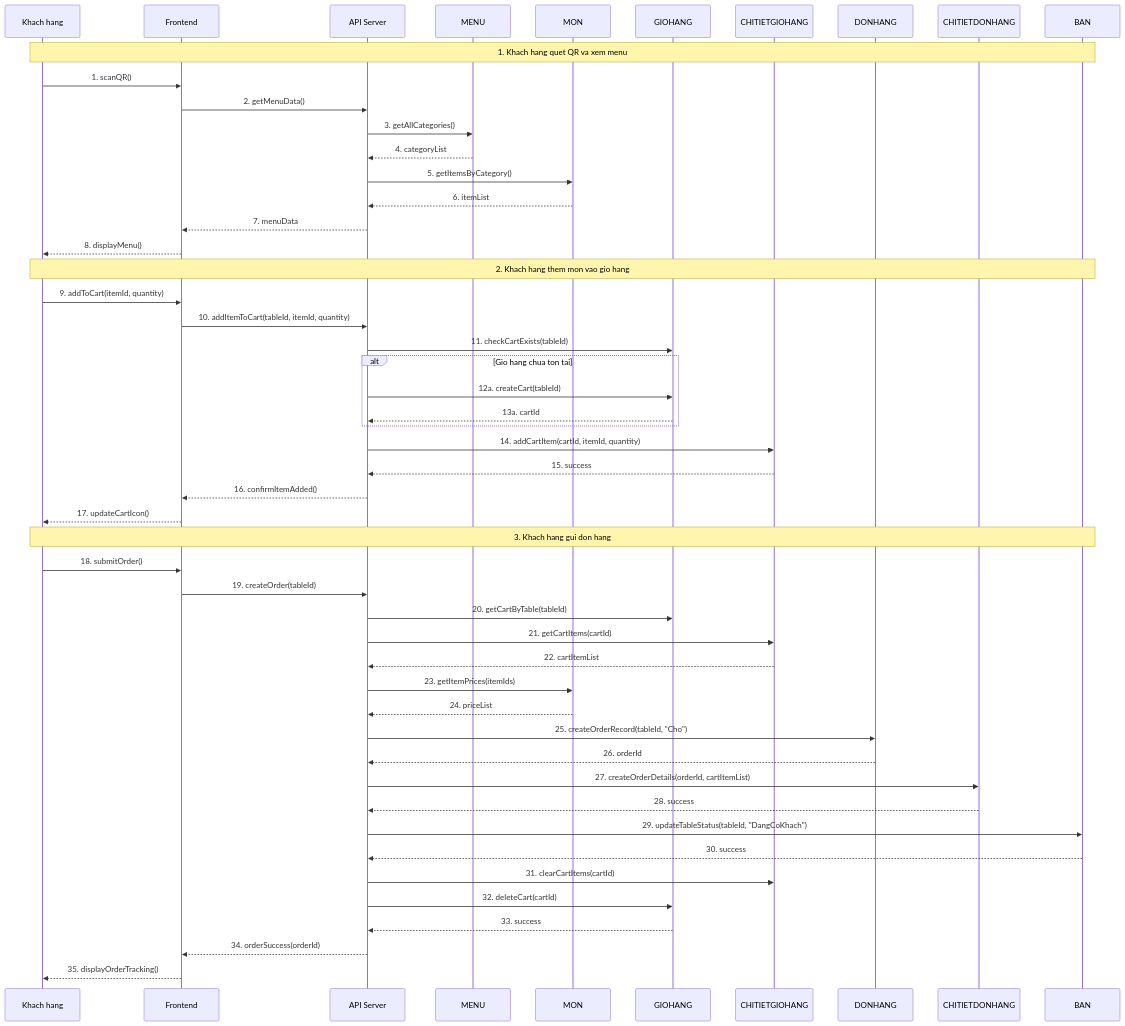
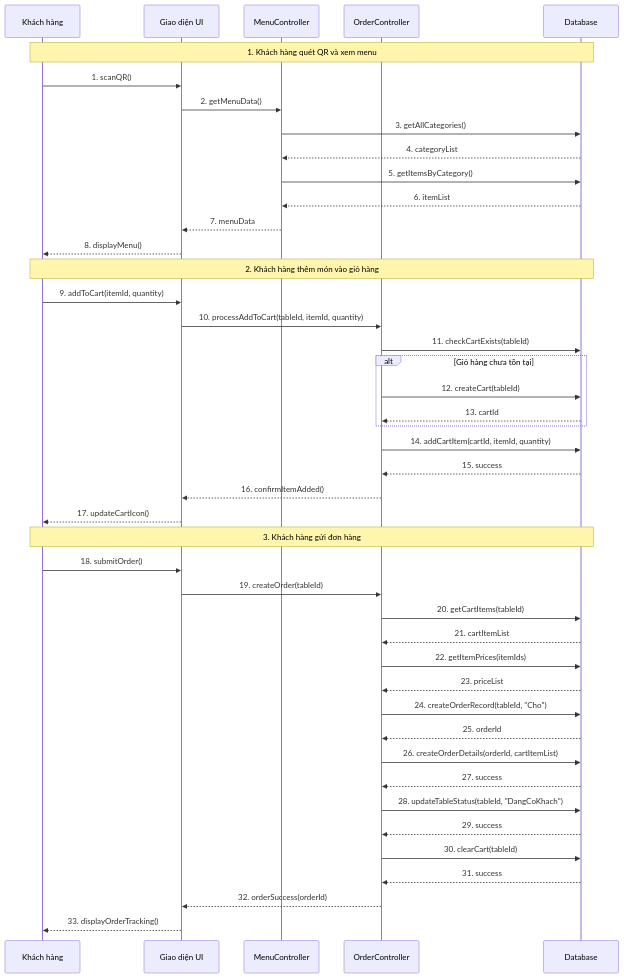
One commit to tahpnart8/demo-pttkht-Nhom2IT0001 changed the sixth of 10 diagrams in docs/so-do-he-thong.md. Above: the diagram before and after it, drawn with Mermaid. The commit also changed other lines of this file, not shown here.

````diff
--- a/docs/so-do-he-thong.md
+++ b/docs/so-do-he-thong.md
@@ -221,56 +221,49 @@
 ```mermaid
 sequenceDiagram
-    participant KH as Khach hang
-    participant FE as Frontend
-    participant API as API Server
-    participant MENU as MENU
-    participant MON as MON
-    participant GH as GIOHANG
-    participant CTGH as CHITIETGIOHANG
-    participant DH as DONHANG
-    participant CTDH as CHITIETDONHANG
-    participant BAN as BAN
+    participant KH as Khách hàng
+    participant UI as Giao diện UI
+    participant MC as MenuController
+    participant OC as OrderController
+    participant DB as Database
 
-    Note over KH,BAN: 1. Khach hang quet QR va xem menu
-    KH->>FE: 1. scanQR()
-    FE->>API: 2. getMenuData()
-    API->>MENU: 3. getAllCategories()
-    MENU-->>API: 4. categoryList
-    API->>MON: 5. getItemsByCategory()
-    MON-->>API: 6. itemList
-    API-->>FE: 7. menuData
-    FE-->>KH: 8. displayMenu()
+    Note over KH,DB: 1. Khách hàng quét QR và xem menu
+    KH->>UI: 1. scanQR()
+    UI->>MC: 2. getMenuData()
+    MC->>DB: 3. getAllCategories()
+    DB-->>MC: 4. categoryList
+    MC->>DB: 5. getItemsByCategory()
+    DB-->>MC: 6. itemList
+    MC-->>UI: 7. menuData
+    UI-->>KH: 8. displayMenu()
 
-    Note over KH,BAN: 2. Khach hang them mon vao gio hang
-    KH->>FE: 9. addToCart(itemId, quantity)
-    FE->>API: 10. addItemToCart(tableId, itemId, quantity)
-    API->>GH: 11. checkCartExists(tableId)
-    alt Gio hang chua ton tai
-        API->>GH: 12a. createCart(tableId)
-        GH-->>API: 13a. cartId
+    Note over KH,DB: 2. Khách hàng thêm món vào giỏ hàng
+    KH->>UI: 9. addToCart(itemId, quantity)
+    UI->>OC: 10. processAddToCart(tableId, itemId, quantity)
+    OC->>DB: 11. checkCartExists(tableId)
+    alt Giỏ hàng chưa tồn tại
+        OC->>DB: 12. createCart(tableId)
+        DB-->>OC: 13. cartId
     end
-    API->>CTGH: 14. addCartItem(cartId, itemId, quantity)
-    CTGH-->>API: 15. success
-    API-->>FE: 16. confirmItemAdded()
-    FE-->>KH: 17. updateCartIcon()
+    OC->>DB: 14. addCartItem(cartId, itemId, quantity)
+    DB-->>OC: 15. success
+    OC-->>UI: 16. confirmItemAdded()
+    UI-->>KH: 17. updateCartIcon()
 
-    Note over KH,BAN: 3. Khach hang gui don hang
-    KH->>FE: 18. submitOrder()
-    FE->>API: 19. createOrder(tableId)
-    API->>GH: 20. getCartByTable(tableId)
-    API->>CTGH: 21. getCartItems(cartId)
-    CTGH-->>API: 22. cartItemList
-    API->>MON: 23. getItemPrices(itemIds)
-    MON-->>API: 24. priceList
-    API->>DH: 25. createOrderRecord(tableId, "Cho")
-    DH-->>API: 26. orderId
-    API->>CTDH: 27. createOrderDetails(orderId, cartItemList)
-    CTDH-->>API: 28. success
-    API->>BAN: 29. updateTableStatus(tableId, "DangCoKhach")
-    BAN-->>API: 30. success
-    API->>CTGH: 31. clearCartItems(cartId)
-    API->>GH: 32. deleteCart(cartId)
-    GH-->>API: 33. success
-    API-->>FE: 34. orderSuccess(orderId)
-    FE-->>KH: 35. displayOrderTracking()
+    Note over KH,DB: 3. Khách hàng gửi đơn hàng
+    KH->>UI: 18. submitOrder()
+    UI->>OC: 19. createOrder(tableId)
+    OC->>DB: 20. getCartItems(tableId)
+    DB-->>OC: 21. cartItemList
+    OC->>DB: 22. getItemPrices(itemIds)
+    DB-->>OC: 23. priceList
+    OC->>DB: 24. createOrderRecord(tableId, "Cho")
+    DB-->>OC: 25. orderId
+    OC->>DB: 26. createOrderDetails(orderId, cartItemList)
+    DB-->>OC: 27. success
+    OC->>DB: 28. updateTableStatus(tableId, "DangCoKhach")
+    DB-->>OC: 29. success
+    OC->>DB: 30. clearCart(tableId)
+    DB-->>OC: 31. success
+    OC-->>UI: 32. orderSuccess(orderId)
+    UI-->>KH: 33. displayOrderTracking()
 ```
````
